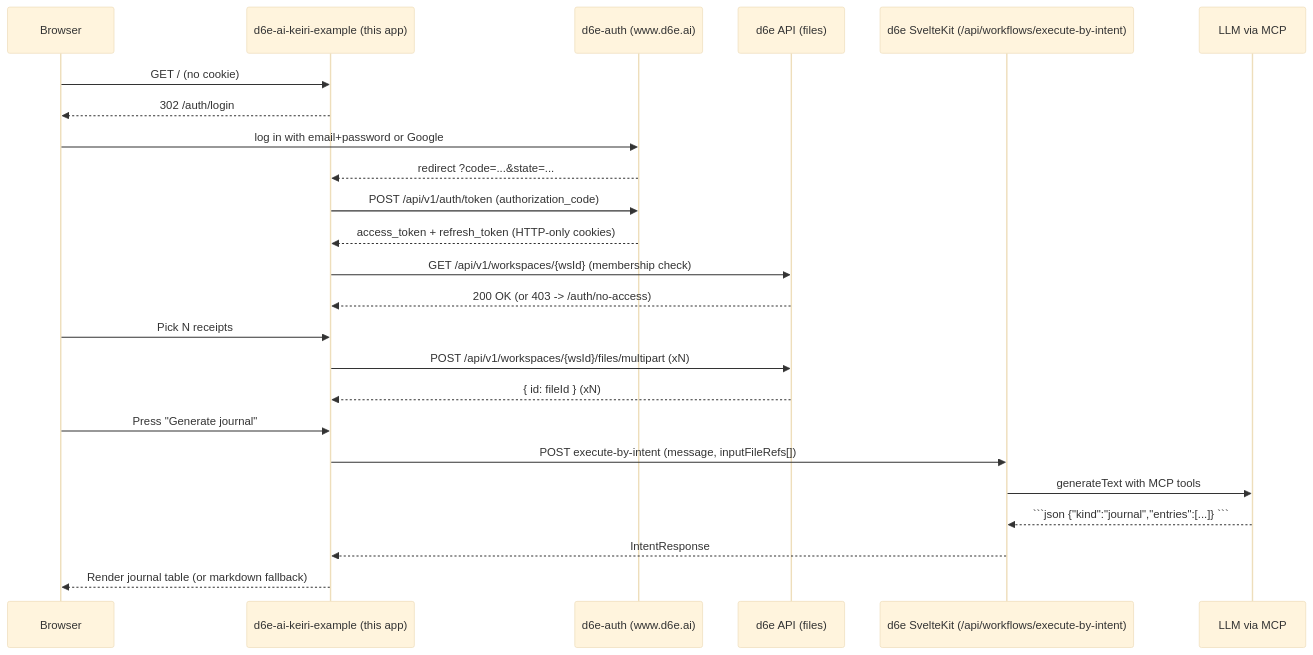
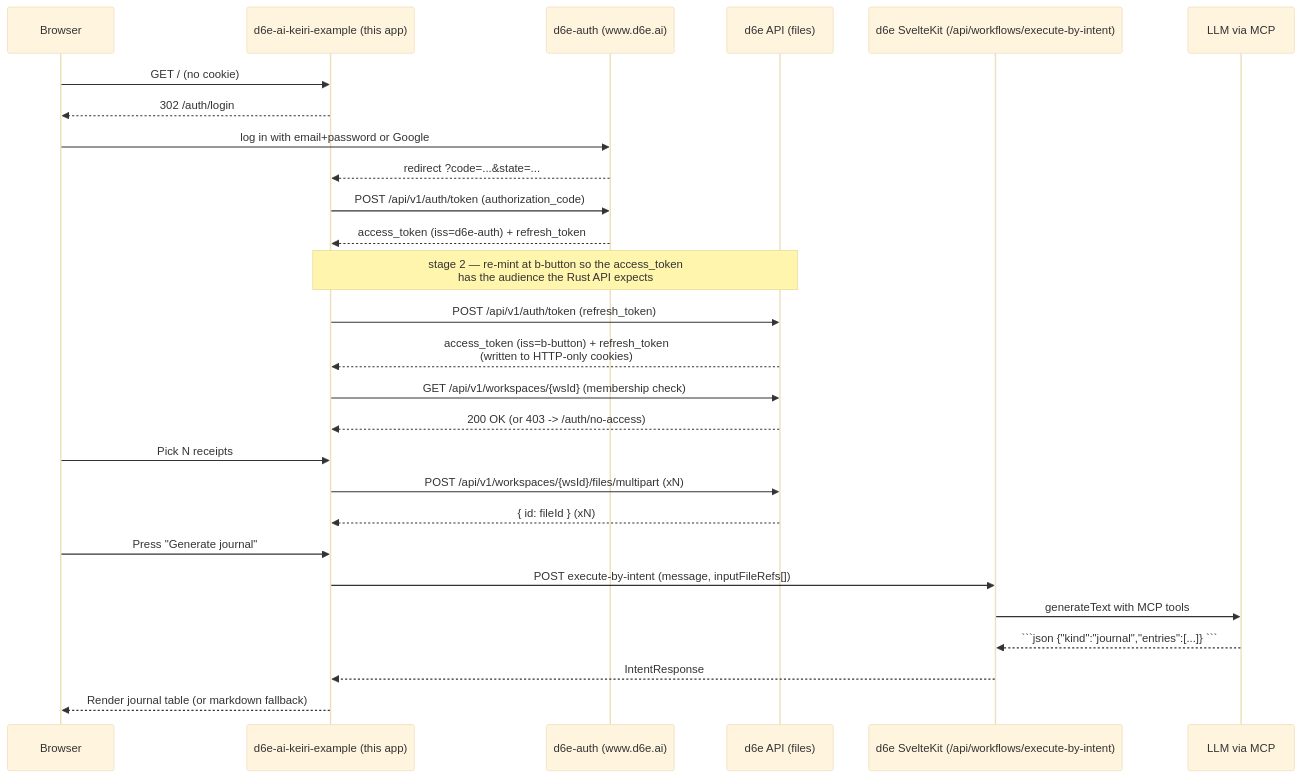
The diagram in README.md (d6e-ai/d6e-ai-keiri-example), drawn with Mermaid (base theme) before and after one commit. The commit also changed other lines of this file and 7 other files, not shown here.

First line of the commit message:
Exchange OAuth tokens at b-button to fix 401 from workspace API

`````diff
--- a/README.md
+++ b/README.md
@@ -16,28 +16,31 @@
 ````mermaid
 sequenceDiagram
     participant User as Browser
     participant App as d6e-ai-keiri-example (this app)
     participant Auth as d6e-auth (www.d6e.ai)
     participant Files as d6e API (files)
     participant Intent as d6e SvelteKit (/api/workflows/execute-by-intent)
     participant LLM as LLM via MCP
 
     User->>App: GET / (no cookie)
     App-->>User: 302 /auth/login
     User->>Auth: log in with email+password or Google
     Auth-->>App: redirect ?code=...&state=...
     App->>Auth: POST /api/v1/auth/token (authorization_code)
-    Auth-->>App: access_token + refresh_token (HTTP-only cookies)
+    Auth-->>App: access_token (iss=d6e-auth) + refresh_token
+    Note over App,Files: stage 2 — re-mint at b-button so the access_token<br/>has the audience the Rust API expects
+    App->>Files: POST /api/v1/auth/token (refresh_token)
+    Files-->>App: access_token (iss=b-button) + refresh_token<br/>(written to HTTP-only cookies)
     App->>Files: GET /api/v1/workspaces/{wsId} (membership check)
     Files-->>App: 200 OK (or 403 -> /auth/no-access)
 
     User->>App: Pick N receipts
     App->>Files: POST /api/v1/workspaces/{wsId}/files/multipart (xN)
     Files-->>App: { id: fileId } (xN)
     User->>App: Press "Generate journal"
     App->>Intent: POST execute-by-intent (message, inputFileRefs[])
     Intent->>LLM: generateText with MCP tools
     LLM-->>Intent: ```json {"kind":"journal","entries":[...]} ```
     Intent-->>App: IntentResponse
     App-->>User: Render journal table (or markdown fallback)
 ````
`````
